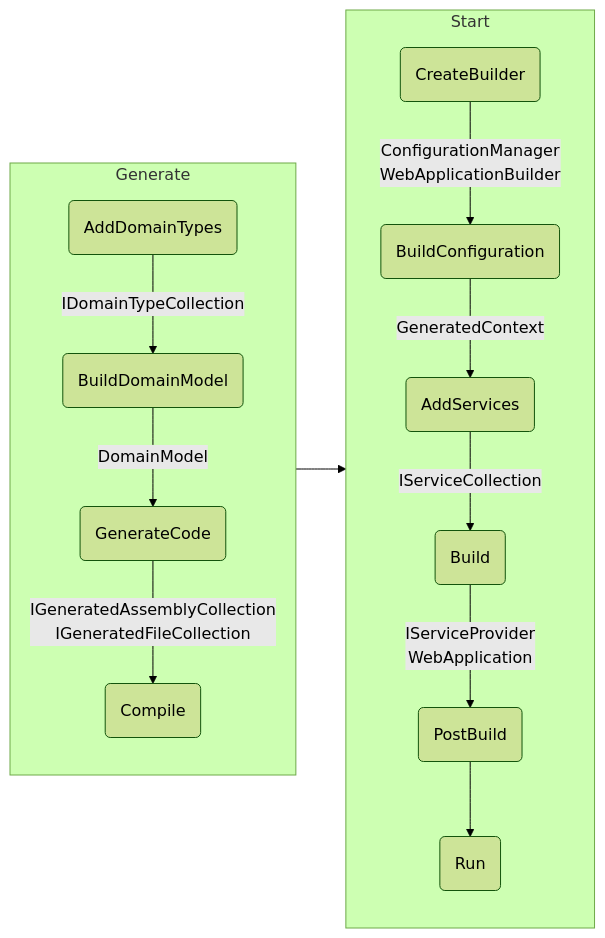
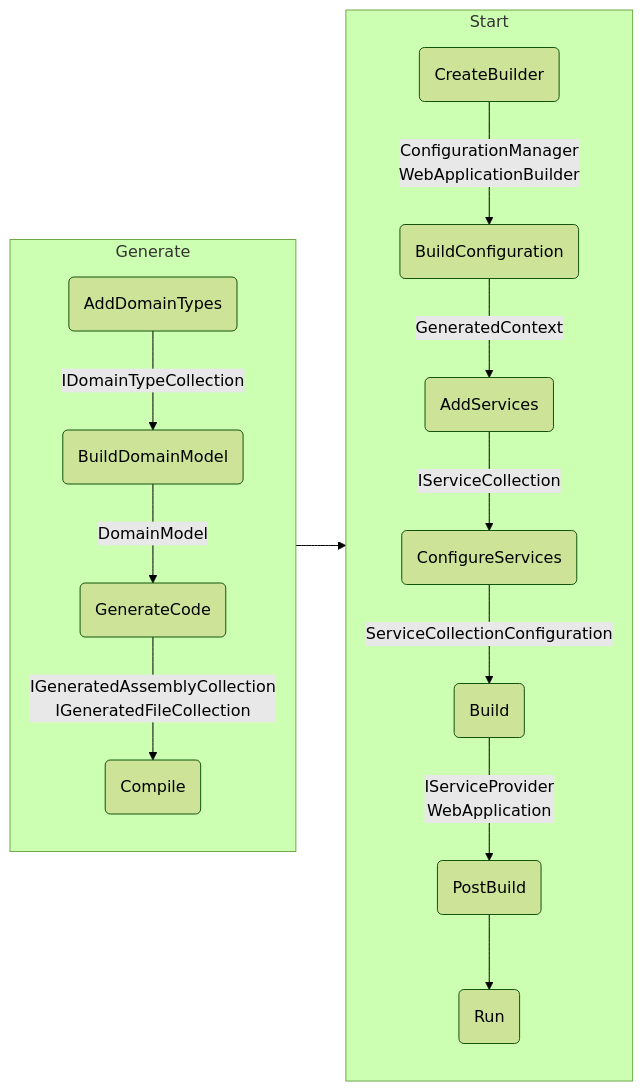
Before and after one commit to mouseless/baked: the diagram in docs/recipes/data-source.md, drawn with Mermaid (forest theme). The commit also changed 12 other files, not shown here.

````diff
--- a/docs/recipes/data-source.md
+++ b/docs/recipes/data-source.md
@@ -70,31 +70,33 @@
 ```mermaid
 flowchart LR;
 
     subgraph Generate
       AD(AddDomainTypes)
       BD(BuildDomainModel)
       GC(GenerateCode)
       C(Compile)
 
       AD -->|IDomainTypeCollection| BD
       BD -->|DomainModel| GC
       GC -->|IGeneratedAssemblyCollection<br/>IGeneratedFileCollection| C
     end
 
     subgraph Start
       CB(CreateBuilder)
       BC(BuildConfiguration)
       AS(AddServices)
+      CS(ConfigureServices)
       B(Build)
       PB(PostBuild)
       R(Run)
 
       CB -->|ConfigurationManager<br/>WebApplicationBuilder| BC
       BC -->|GeneratedContext| AS
-      AS -->|IServiceCollection| B
+      AS -->|IServiceCollection| CS
+      CS -->|ServiceCollectionConfiguration| B
       B -->|IServiceProvider<br/>WebApplication|PB
       PB --> R
     end
 
     Generate --> Start
 ```
````
